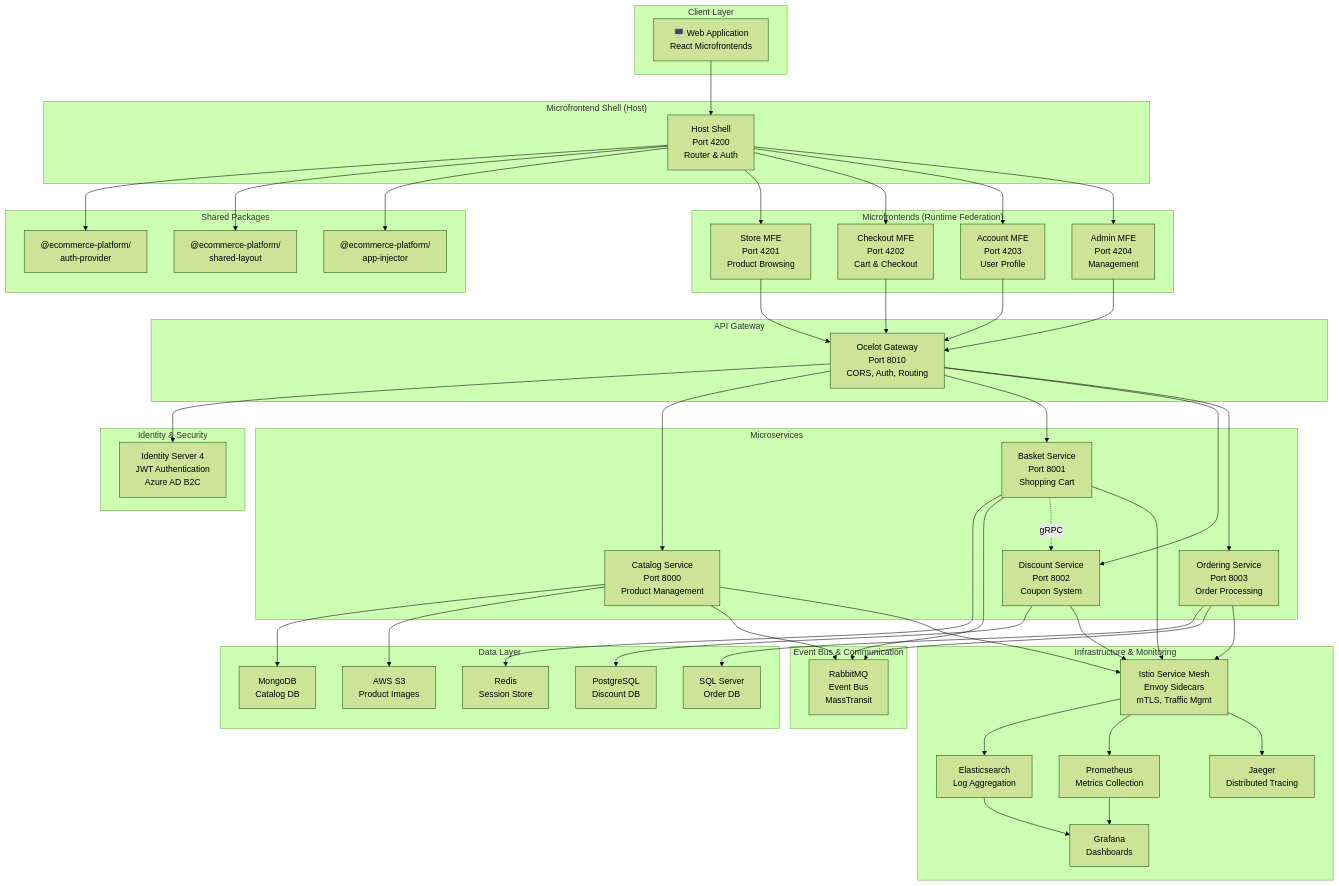
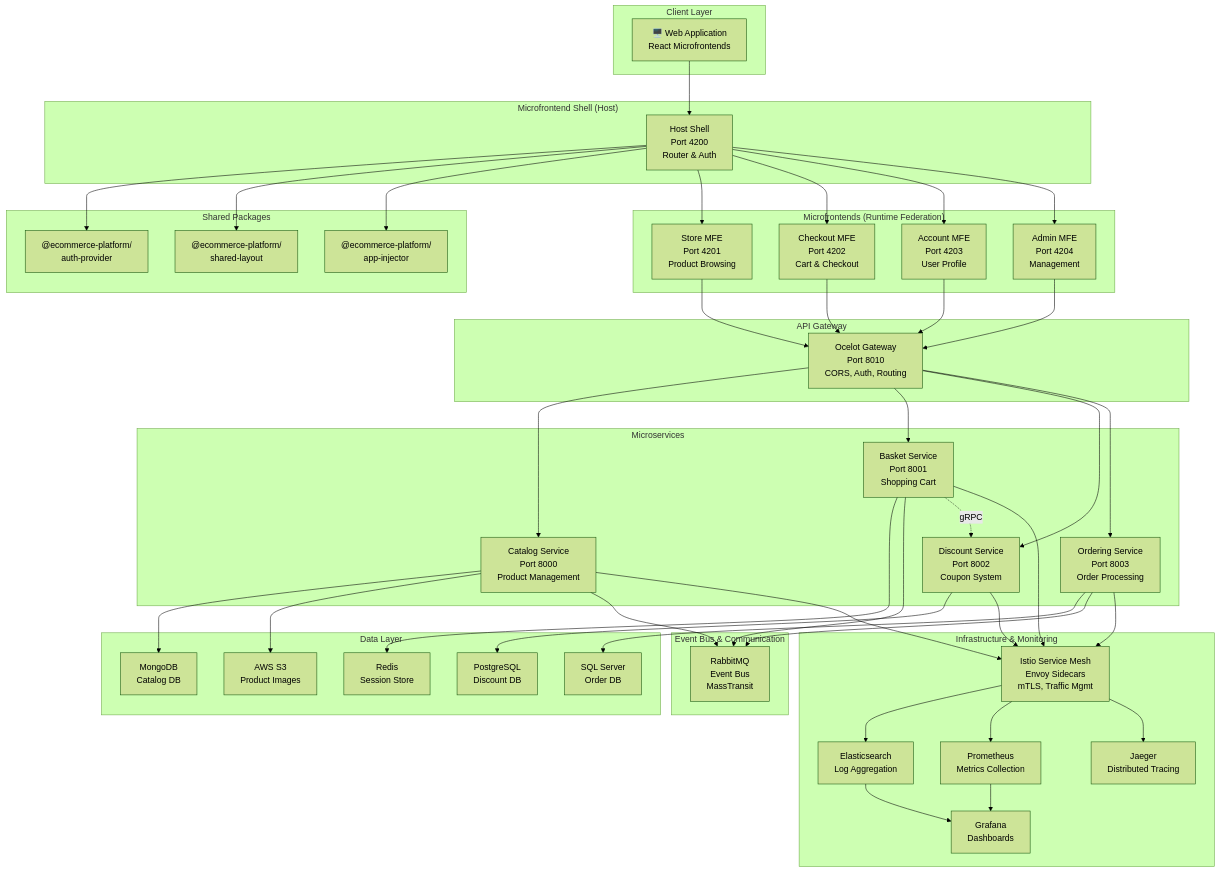
The first of 4 diagrams in README.md (vahidForughi/my-agent-team), drawn with Mermaid (forest theme) before and after one commit. The commit also changed other lines of this file, not shown here.

```diff
--- a/README.md
+++ b/README.md
@@ -50,10 +50,6 @@
 
     subgraph "API Gateway"
         Gateway["Ocelot Gateway<br/>Port 8010<br/>CORS, Auth, Routing"]
-    end
-
-    subgraph "Identity & Security"
-        AuthServer["Identity Server 4<br/>JWT Authentication<br/>Azure AD B2C"]
     end
 
     subgraph "Microservices"
@@ -97,7 +93,6 @@
     Account --> Gateway
     Admin --> Gateway
 
-    Gateway --> AuthServer
     Gateway --> Catalog
     Gateway --> Basket
     Gateway --> Discount
```
